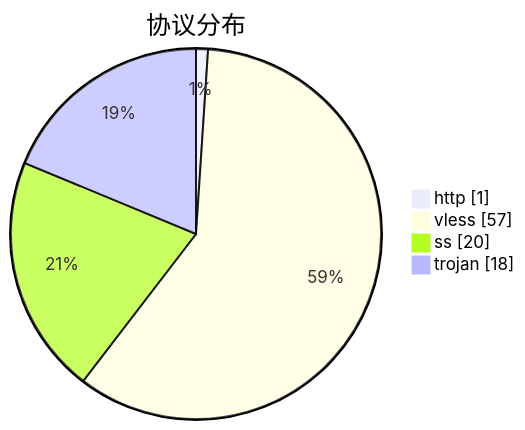
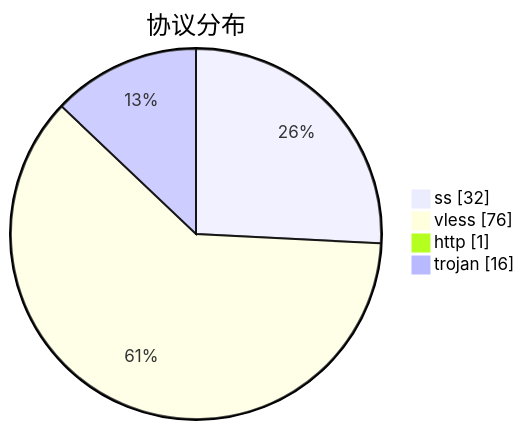
The third of 3 diagrams in subs/statistics/tested_within.md (qjlxg/airport), drawn with Mermaid before and after one commit. The commit also changed other lines of this file and 2 other files, not shown here.

````diff
--- a/subs/statistics/tested_within.md
+++ b/subs/statistics/tested_within.md
@@ -17,8 +17,8 @@
 ```mermaid
 pie showData
 title 协议分布
+"ss" : 32
+"vless" : 76
 "http" : 1
-"vless" : 57
-"ss" : 20
-"trojan" : 18
+"trojan" : 16
 ```
````
